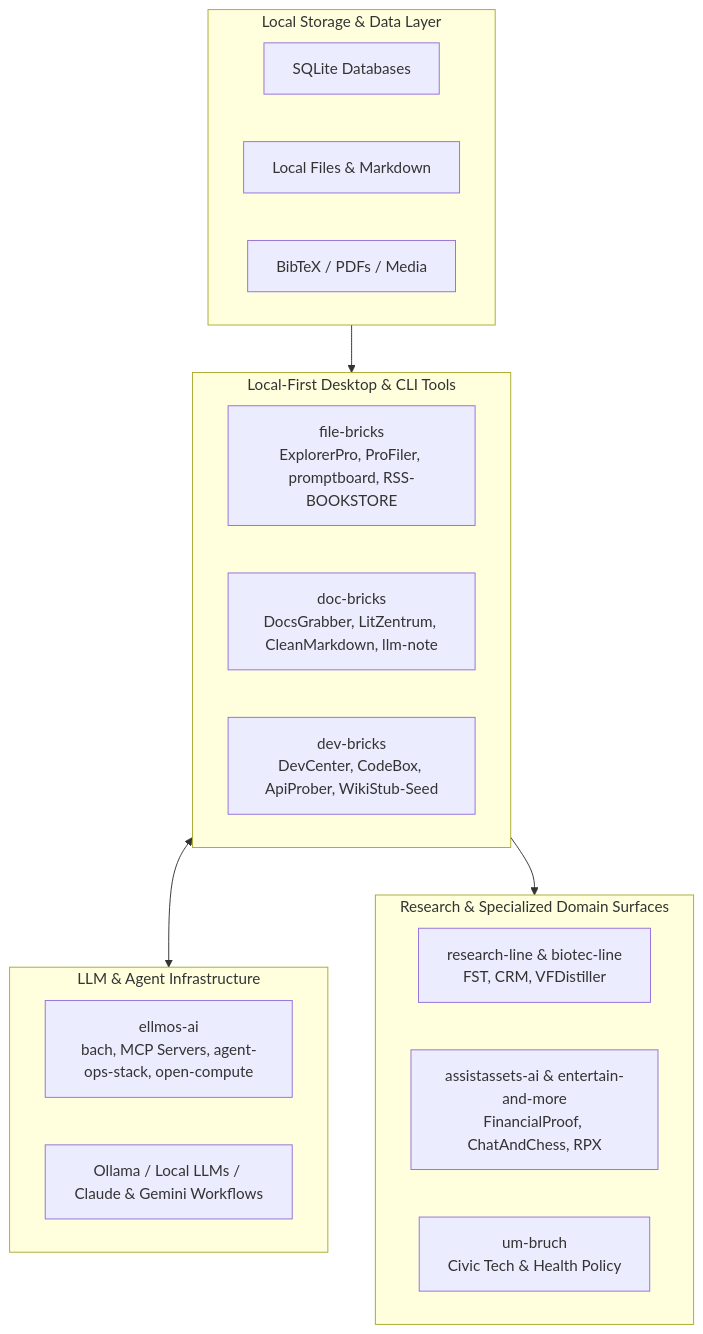
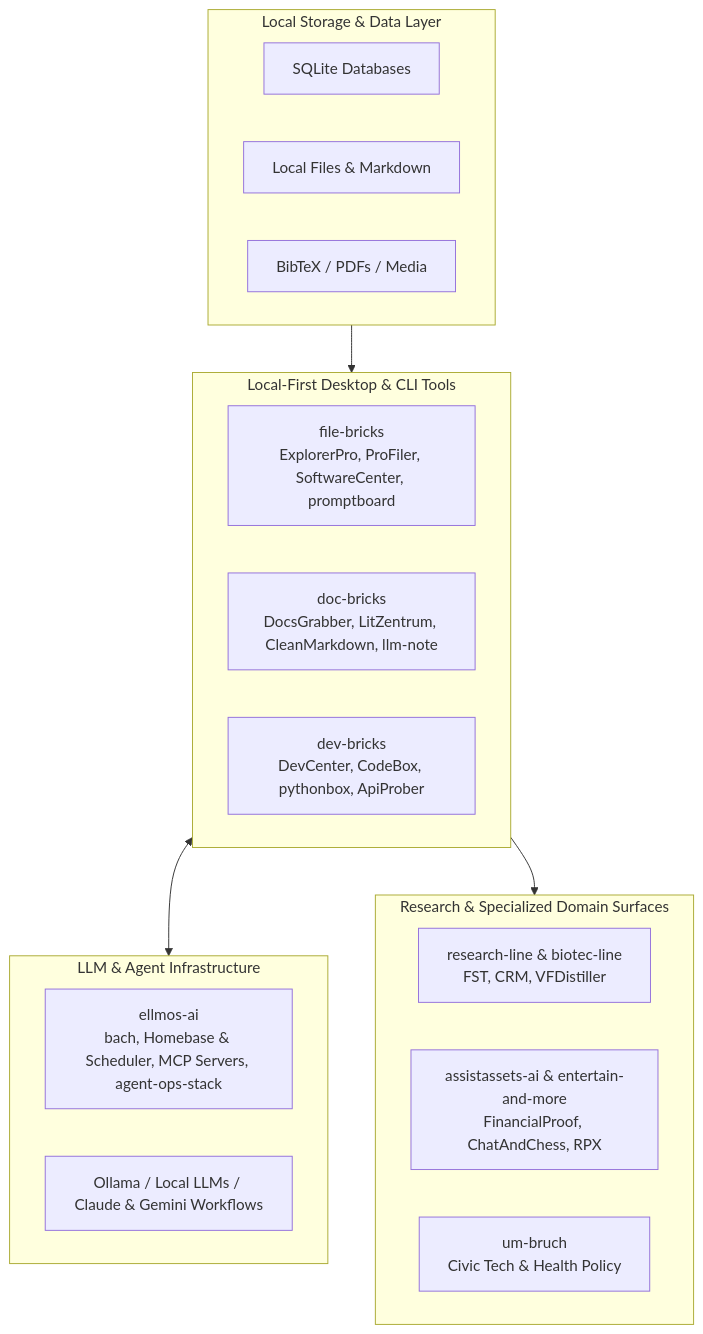
Before and after one commit to open-bricks/.github: the diagram in profile/README.md, drawn with Mermaid. The commit also changed other lines of this file and 5 other files, not shown here.

````diff
--- a/profile/README.md
+++ b/profile/README.md
@@ -59,29 +59,29 @@
 ```mermaid
 flowchart TD
     subgraph Storage [Local Storage & Data Layer]
         A[SQLite Databases]
         B[Local Files & Markdown]
         C[BibTeX / PDFs / Media]
     end
 
     subgraph Applications [Local-First Desktop & CLI Tools]
-        D[file-bricks<br/>ExplorerPro, ProFiler, promptboard, RSS-BOOKSTORE]
+        D[file-bricks<br/>ExplorerPro, ProFiler, SoftwareCenter, promptboard]
         E[doc-bricks<br/>DocsGrabber, LitZentrum, CleanMarkdown, llm-note]
-        F[dev-bricks<br/>DevCenter, CodeBox, ApiProber, WikiStub-Seed]
+        F[dev-bricks<br/>DevCenter, CodeBox, pythonbox, ApiProber]
     end
 
     subgraph Infrastructure [LLM & Agent Infrastructure]
-        G[ellmos-ai<br/>bach, MCP Servers, agent-ops-stack, open-compute]
+        G[ellmos-ai<br/>bach, Homebase & Scheduler, MCP Servers, agent-ops-stack]
         H[Ollama / Local LLMs / Claude & Gemini Workflows]
     end
 
     subgraph Science [Research & Specialized Domain Surfaces]
         I[research-line & biotec-line<br/>FST, CRM, VFDistiller]
         J[assistassets-ai & entertain-and-more<br/>FinancialProof, ChatAndChess, RPX]
         K[um-bruch<br/>Civic Tech & Health Policy]
     end
 
     Storage --> Applications
     Applications <--> Infrastructure
     Applications --> Science
 ```
````
